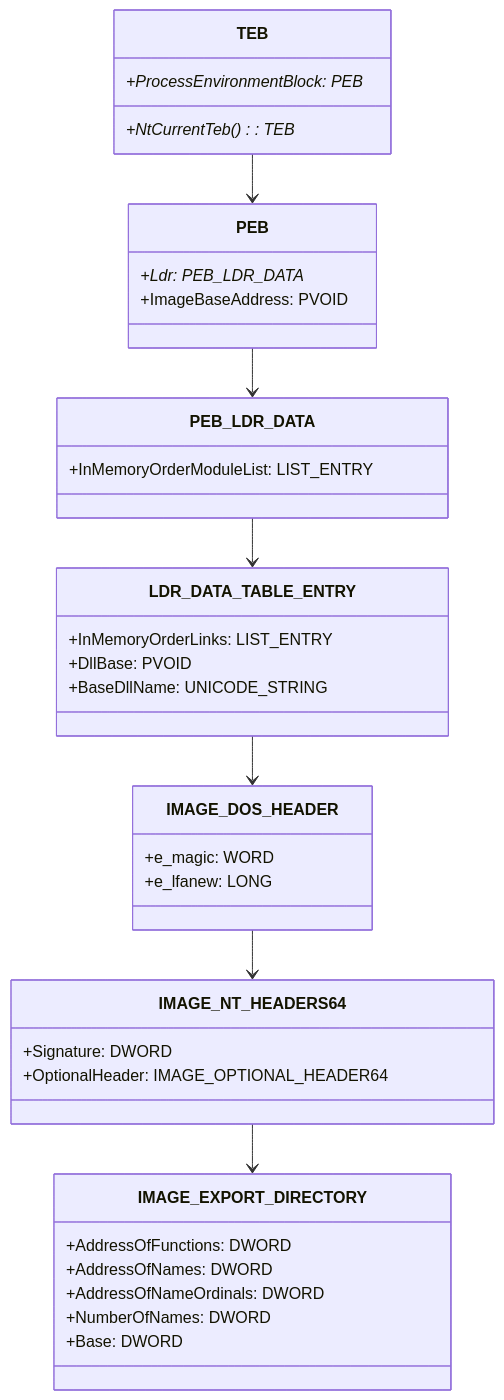
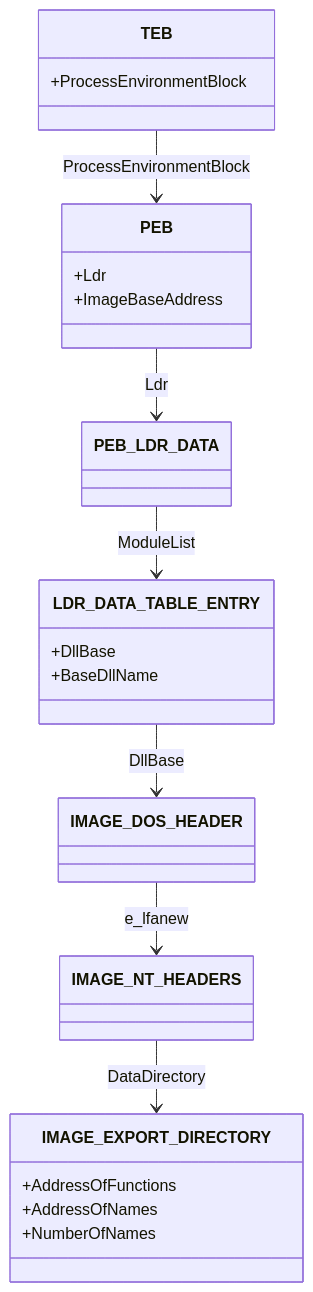
The ninth of 11 diagrams in diagrams.md (usuiWind/Windows-Import-Resolver), drawn with Mermaid before and after one commit. The commit also changed other lines of this file, not shown here.

````diff
--- a/diagrams.md
+++ b/diagrams.md
@@ -258,47 +191,26 @@
 ```mermaid
 classDiagram
+    TEB --> PEB : ProcessEnvironmentBlock
+    PEB --> PEB_LDR_DATA : Ldr
+    PEB_LDR_DATA --> LDR_DATA_TABLE_ENTRY : ModuleList
+    LDR_DATA_TABLE_ENTRY --> IMAGE_DOS_HEADER : DllBase
+    IMAGE_DOS_HEADER --> IMAGE_NT_HEADERS : e_lfanew
+    IMAGE_NT_HEADERS --> IMAGE_EXPORT_DIRECTORY : DataDirectory
+    
     class TEB {
-        +ProcessEnvironmentBlock: PEB*
-        +NtCurrentTeb(): TEB*
+        +ProcessEnvironmentBlock
     }
-    
     class PEB {
-        +Ldr: PEB_LDR_DATA*
-        +ImageBaseAddress: PVOID
+        +Ldr
+        +ImageBaseAddress
     }
-    
-    class PEB_LDR_DATA {
-        +InMemoryOrderModuleList: LIST_ENTRY
+    class LDR_DATA_TABLE_ENTRY {
+        +DllBase
+        +BaseDllName
     }
-    
-    class LDR_DATA_TABLE_ENTRY {
-        +InMemoryOrderLinks: LIST_ENTRY
-        +DllBase: PVOID
-        +BaseDllName: UNICODE_STRING
+    class IMAGE_EXPORT_DIRECTORY {
+        +AddressOfFunctions
+        +AddressOfNames
+        +NumberOfNames
     }
-    
-    class IMAGE_DOS_HEADER {
-        +e_magic: WORD
-        +e_lfanew: LONG
-    }
-    
-    class IMAGE_NT_HEADERS64 {
-        +Signature: DWORD
-        +OptionalHeader: IMAGE_OPTIONAL_HEADER64
-    }
-    
-    class IMAGE_EXPORT_DIRECTORY {
-        +AddressOfFunctions: DWORD
-        +AddressOfNames: DWORD
-        +AddressOfNameOrdinals: DWORD
-        +NumberOfNames: DWORD
-        +Base: DWORD
-    }
-    
-    TEB --> PEB
-    PEB --> PEB_LDR_DATA
-    PEB_LDR_DATA --> LDR_DATA_TABLE_ENTRY
-    LDR_DATA_TABLE_ENTRY --> IMAGE_DOS_HEADER
-    IMAGE_DOS_HEADER --> IMAGE_NT_HEADERS64
-    IMAGE_NT_HEADERS64 --> IMAGE_EXPORT_DIRECTORY
 ```
````
